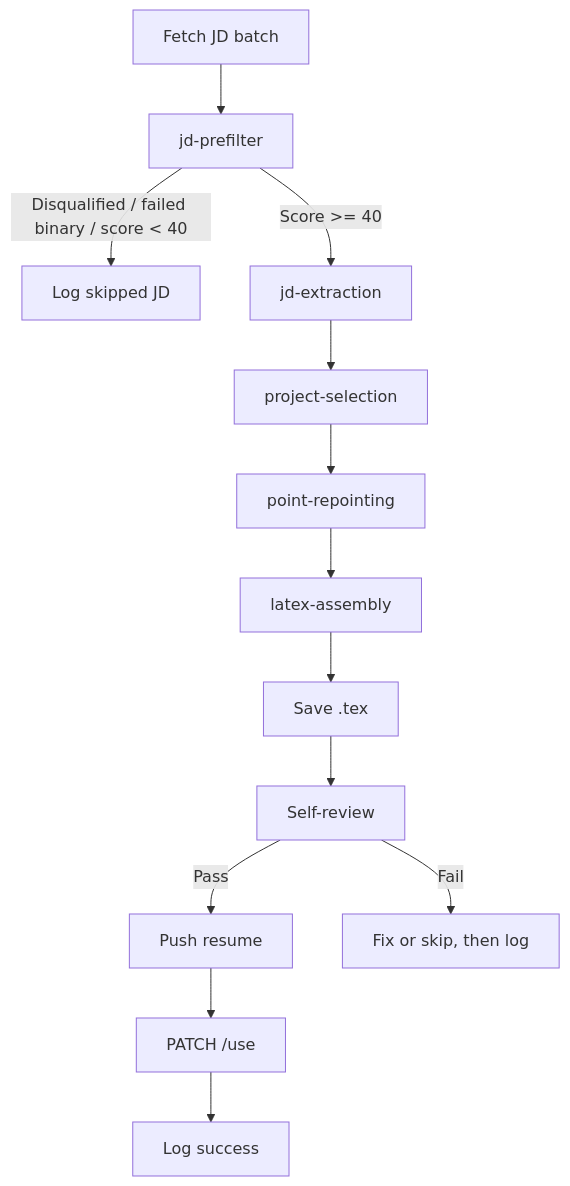
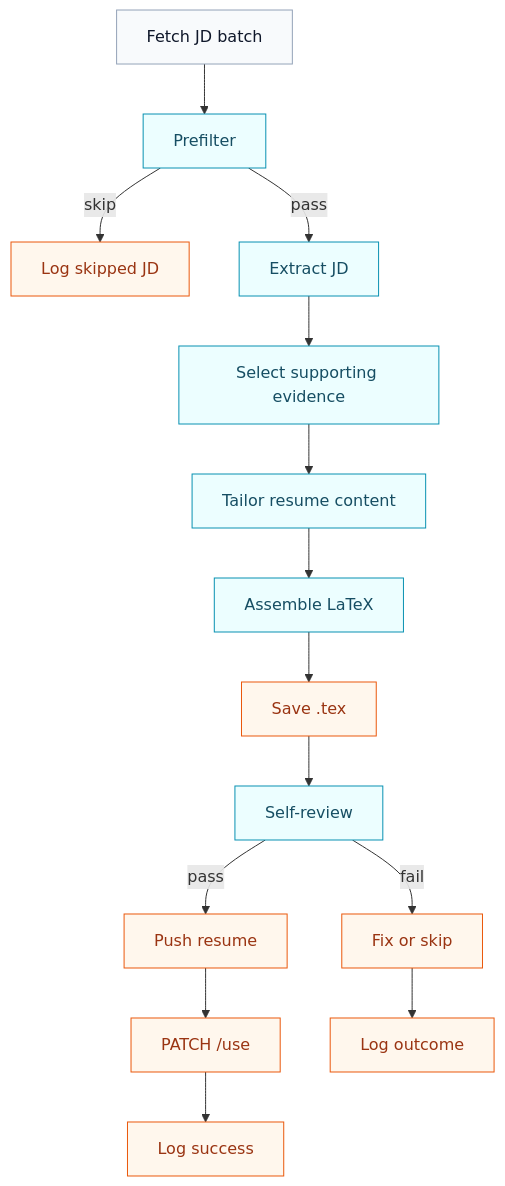
Before and after one commit to Aryan1718/hermes-autonomous-resume: the diagram in docs-site/docs/pipeline/orchestrator.md, drawn with Mermaid. The commit also changed other lines of this file and 21 other files, not shown here.

````diff
--- a/docs-site/docs/pipeline/orchestrator.md
+++ b/docs-site/docs/pipeline/orchestrator.md
@@ -30,15 +30,20 @@
 ```mermaid
 flowchart TD
-  A[Fetch JD batch] --> B[jd-prefilter]
-  B -->|Disqualified / failed binary / score < 40| C[Log skipped JD]
-  B -->|Score >= 40| D[jd-extraction]
-  D --> E[project-selection]
-  E --> F[point-repointing]
-  F --> G[latex-assembly]
-  G --> H[Save .tex]
-  H --> I[Self-review]
-  I -->|Pass| J[Push resume]
-  J --> K[PATCH /use]
-  K --> L[Log success]
-  I -->|Fail| M[Fix or skip, then log]
+  classDef fetch fill:#f8fafc,stroke:#94a3b8,color:#0f172a,stroke-width:1px;
+  classDef process fill:#ecfeff,stroke:#0891b2,color:#164e63,stroke-width:1px;
+  classDef output fill:#fff7ed,stroke:#ea580c,color:#9a3412,stroke-width:1px;
+
+  A[Fetch JD batch]:::fetch --> B[Prefilter]:::process
+  B -->|skip| C[Log skipped JD]:::output
+  B -->|pass| D[Extract JD]:::process
+  D --> E[Select supporting evidence]:::process
+  E --> F[Tailor resume content]:::process
+  F --> G[Assemble LaTeX]:::process
+  G --> H[Save .tex]:::output
+  H --> I[Self-review]:::process
+  I -->|pass| J[Push resume]:::output
+  J --> K[PATCH /use]:::output
+  K --> L[Log success]:::output
+  I -->|fail| M[Fix or skip]:::output
+  M --> N[Log outcome]:::output
 ```
````
